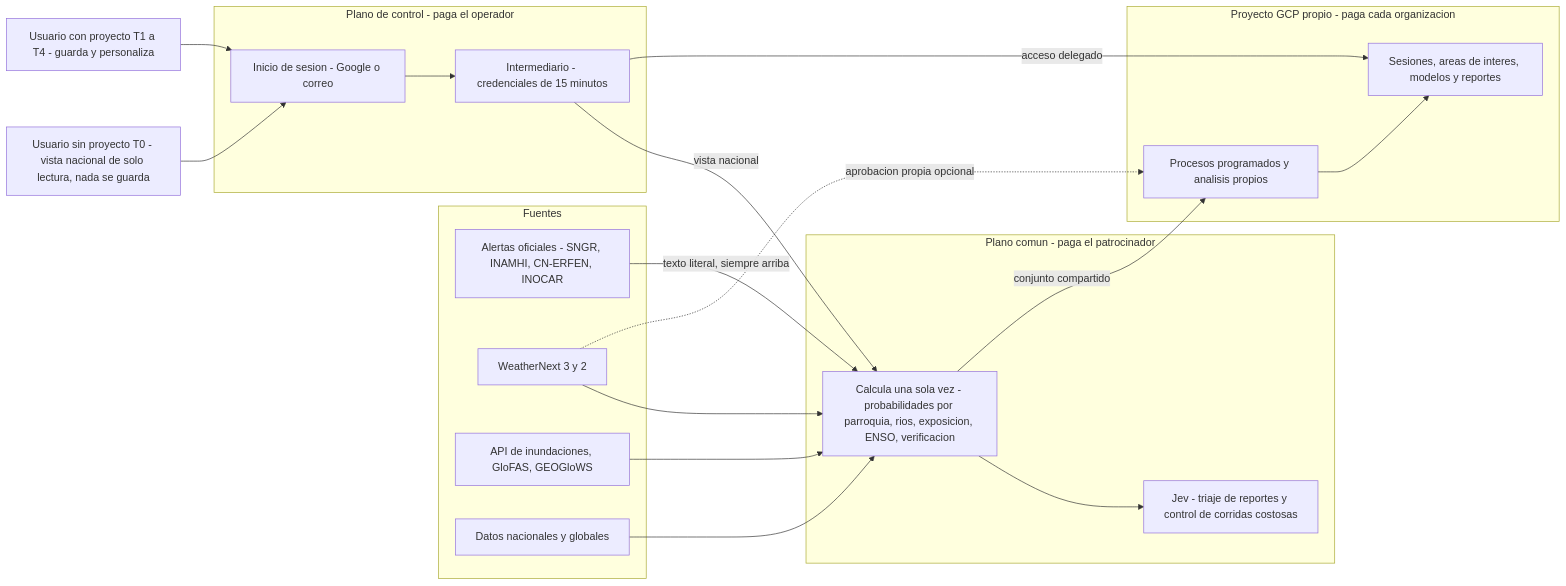
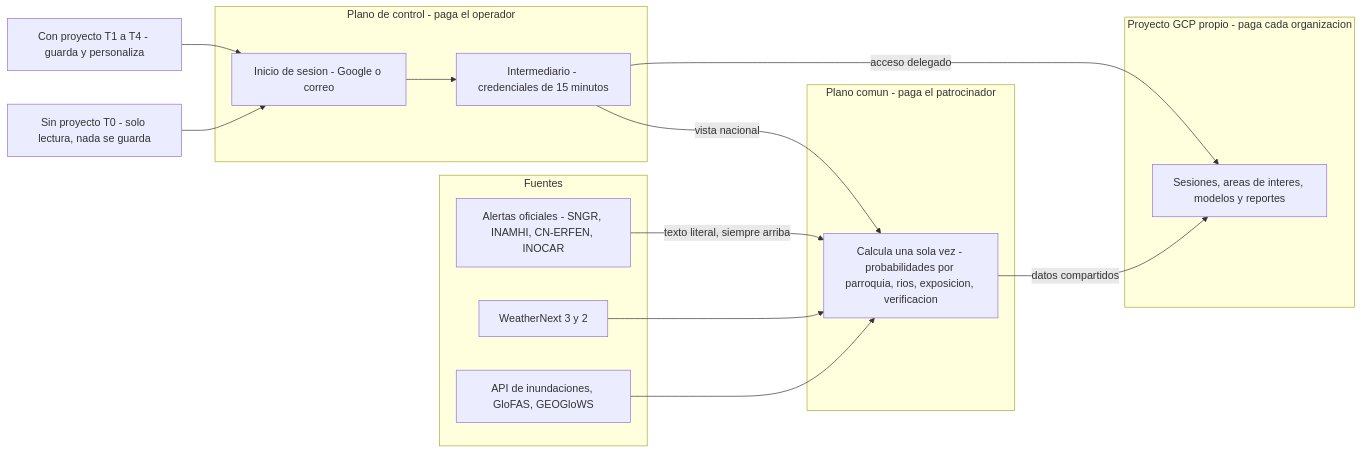
The diagram in docs/00-resumen-ejecutivo.md (mcastroarroyo/weathernext), drawn with Mermaid before and after one commit. The commit also changed other lines of this file, not shown here.

````diff
--- a/docs/00-resumen-ejecutivo.md
+++ b/docs/00-resumen-ejecutivo.md
@@ -65,36 +47,29 @@
 ```mermaid
 flowchart LR
   subgraph FUENTES["Fuentes"]
     OF["Alertas oficiales - SNGR, INAMHI, CN-ERFEN, INOCAR"]
     WN["WeatherNext 3 y 2"]
     FF["API de inundaciones, GloFAS, GEOGloWS"]
-    DN["Datos nacionales y globales"]
   end
   subgraph COM["Plano comun - paga el patrocinador"]
-    CN["Calcula una sola vez - probabilidades por parroquia, rios, exposicion, ENSO, verificacion"]
-    JV["Jev - triaje de reportes y control de corridas costosas"]
+    CN["Calcula una sola vez - probabilidades por parroquia, rios, exposicion, verificacion"]
   end
   subgraph CTRL["Plano de control - paga el operador"]
     ID["Inicio de sesion - Google o correo"]
     BR["Intermediario - credenciales de 15 minutos"]
   end
   subgraph TEN["Proyecto GCP propio - paga cada organizacion"]
     GU["Sesiones, areas de interes, modelos y reportes"]
-    PI["Procesos programados y analisis propios"]
   end
-  U0["Usuario sin proyecto T0 - vista nacional de solo lectura, nada se guarda"]
-  U1["Usuario con proyecto T1 a T4 - guarda y personaliza"]
+  U0["Sin proyecto T0 - solo lectura, nada se guarda"]
+  U1["Con proyecto T1 a T4 - guarda y personaliza"]
   OF -->|"texto literal, siempre arriba"| CN
   WN --> CN
   FF --> CN
-  DN --> CN
-  CN --> JV
   U0 --> ID
   U1 --> ID
   ID --> BR
   BR -->|"vista nacional"| CN
   BR -->|"acceso delegado"| GU
-  CN -->|"conjunto compartido"| PI
-  WN -.->|"aprobacion propia opcional"| PI
-  PI --> GU
+  CN -->|"datos compartidos"| GU
 ```
````
